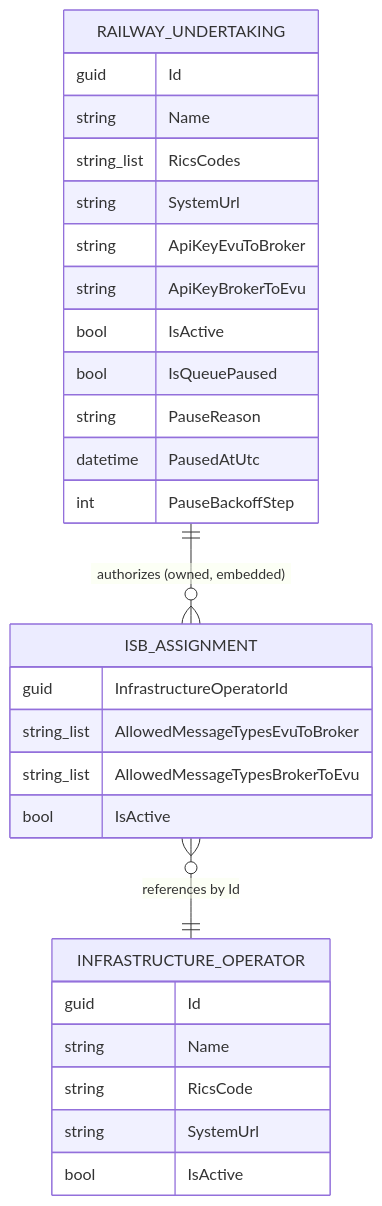
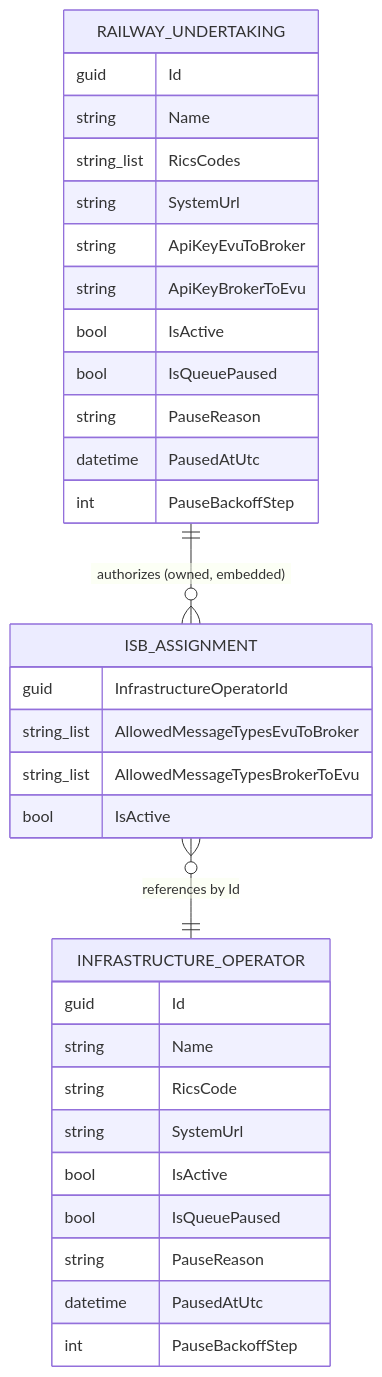
One commit to AmIHang/TsiBroker-V2 changed the diagram in wiki/Data-Model.md. Above: the diagram before and after it, drawn with Mermaid. The commit also changed other lines of this file and 16 other files, not shown here.

````diff
--- a/wiki/Data-Model.md
+++ b/wiki/Data-Model.md
@@ -5,34 +5,38 @@
 ```mermaid
 erDiagram
     RAILWAY_UNDERTAKING ||--o{ ISB_ASSIGNMENT : "authorizes (owned, embedded)"
     ISB_ASSIGNMENT }o--|| INFRASTRUCTURE_OPERATOR : "references by Id"
 
     RAILWAY_UNDERTAKING {
         guid Id
         string Name
         string_list RicsCodes
         string SystemUrl
         string ApiKeyEvuToBroker
         string ApiKeyBrokerToEvu
         bool IsActive
         bool IsQueuePaused
         string PauseReason
         datetime PausedAtUtc
         int PauseBackoffStep
     }
 
     ISB_ASSIGNMENT {
         guid InfrastructureOperatorId
         string_list AllowedMessageTypesEvuToBroker
         string_list AllowedMessageTypesBrokerToEvu
         bool IsActive
     }
 
     INFRASTRUCTURE_OPERATOR {
         guid Id
         string Name
         string RicsCode
         string SystemUrl
         bool IsActive
+        bool IsQueuePaused
+        string PauseReason
+        datetime PausedAtUtc
+        int PauseBackoffStep
     }
 ```
````
